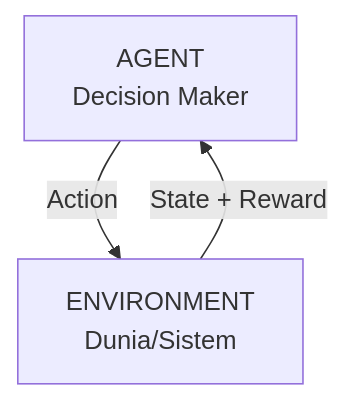
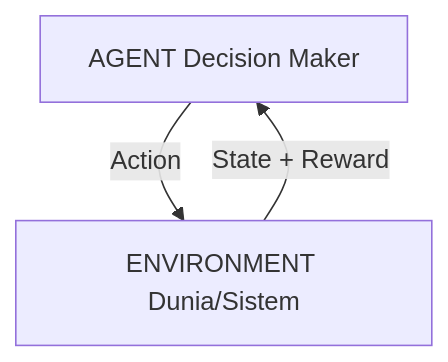
One commit to antonprafanto/dasarAI2026 changed the third of 10 diagrams in bab-05-machine-learning.md. Above: the diagram before and after it, drawn with Mermaid. The commit also changed other lines of this file and 3 other files, not shown here.

Commit message:
Fix: Replace br tags in Mermaid diagrams with quoted labels

````diff
--- a/bab-05-machine-learning.md
+++ b/bab-05-machine-learning.md
@@ -130,8 +130,8 @@
 ```mermaid
 graph TD
-    Agent[AGENT<br/>Decision Maker]
-    Env[ENVIRONMENT<br/>Dunia/Sistem]
+    Agent["AGENT Decision Maker"]
+    Env["ENVIRONMENT Dunia/Sistem"]
 
     Agent -->|Action| Env
     Env -->|State + Reward| Agent
 ```
````
